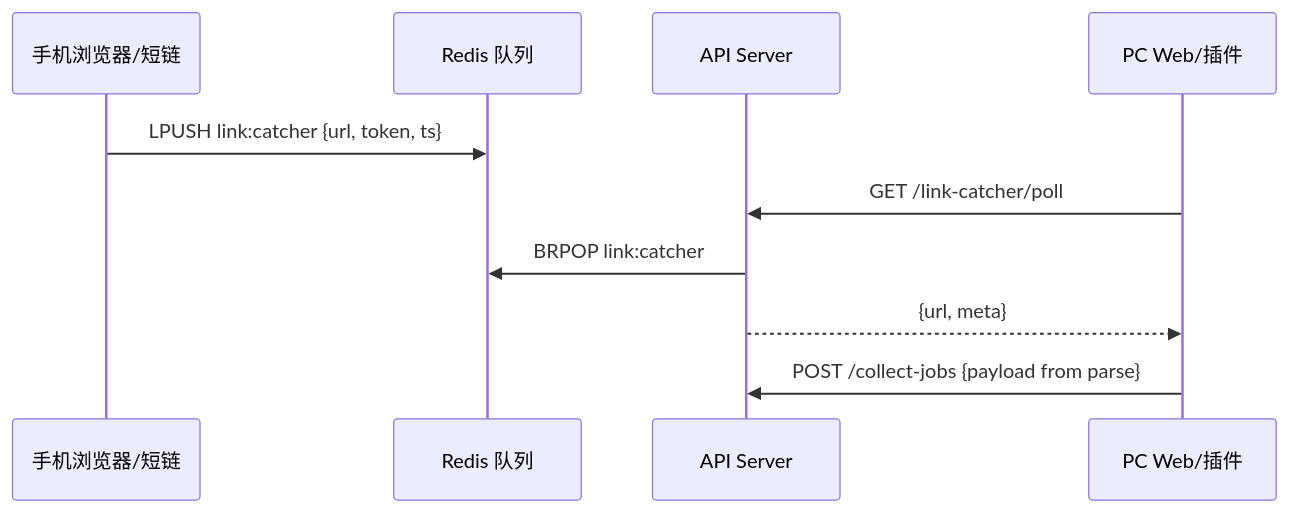
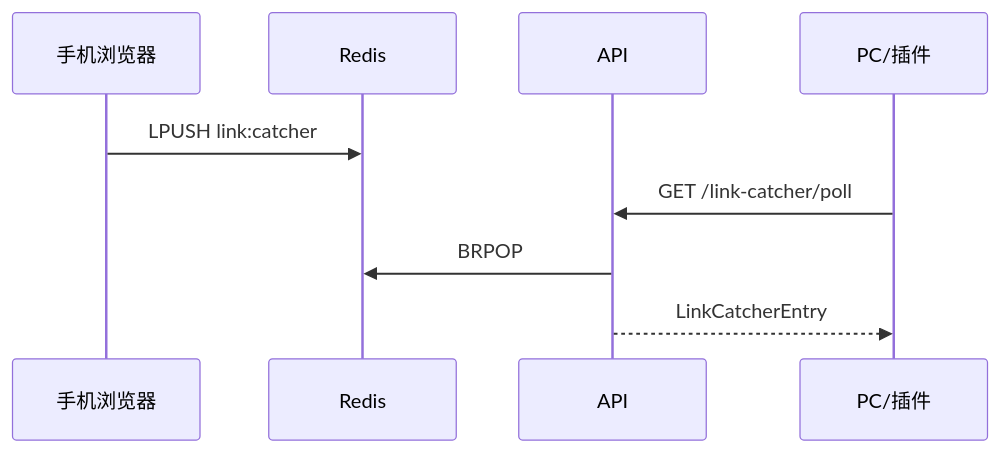
The fourth of 4 diagrams in docs/LISTING_PUBLISH_IMPLEMENTATION.md (tuerqidelvfanzi/E-comassit-plan), drawn with Mermaid before and after one commit. The commit also changed other lines of this file and 30 other files, not shown here.

````diff
--- a/docs/LISTING_PUBLISH_IMPLEMENTATION.md
+++ b/docs/LISTING_PUBLISH_IMPLEMENTATION.md
@@ -212,13 +224,11 @@
 ```mermaid
 sequenceDiagram
-  participant Mobile as 手机浏览器/短链
-  participant Redis as Redis 队列
-  participant API as API Server
-  participant PC as PC Web/插件
-
-  Mobile->>Redis: LPUSH link:catcher {url, token, ts}
+  participant Mobile as 手机浏览器
+  participant Redis as Redis
+  participant API as API
+  participant PC as PC/插件
+  Mobile->>Redis: LPUSH link:catcher
   PC->>API: GET /link-catcher/poll
-  API->>Redis: BRPOP link:catcher
-  API-->>PC: {url, meta}
-  PC->>API: POST /collect-jobs {payload from parse}
+  API->>Redis: BRPOP
+  API-->>PC: LinkCatcherEntry
 ```
````
